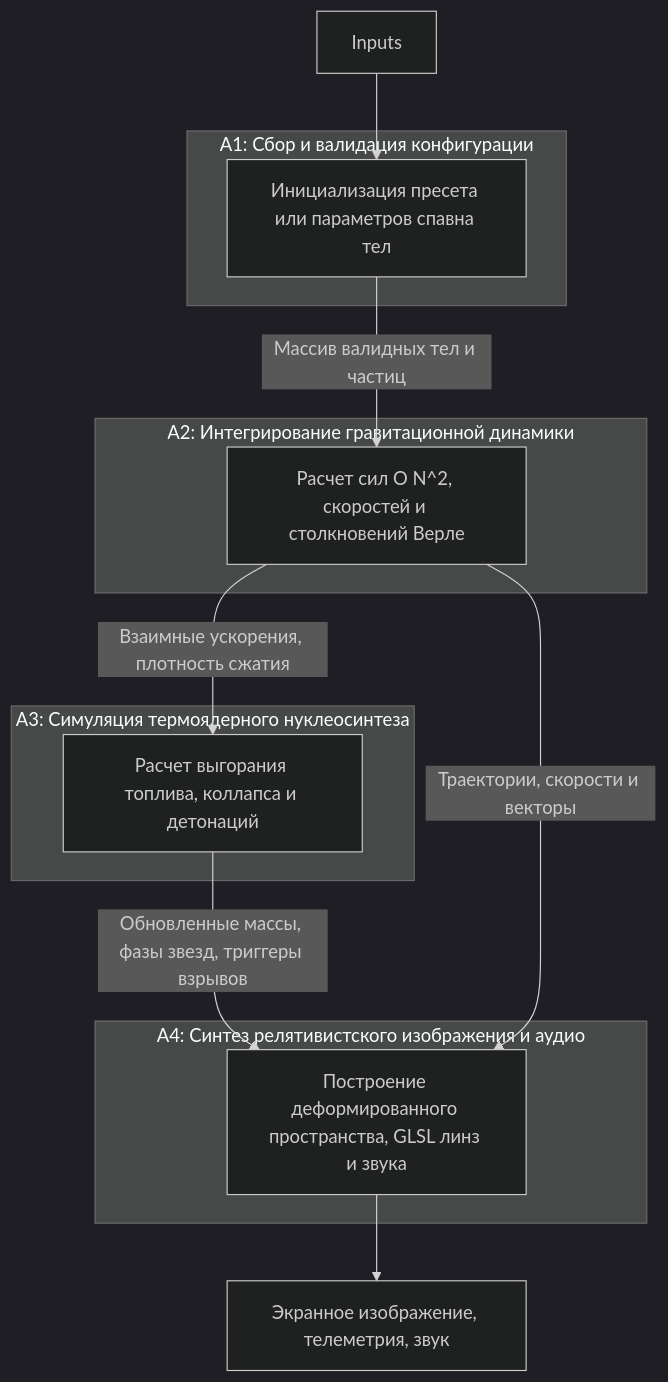
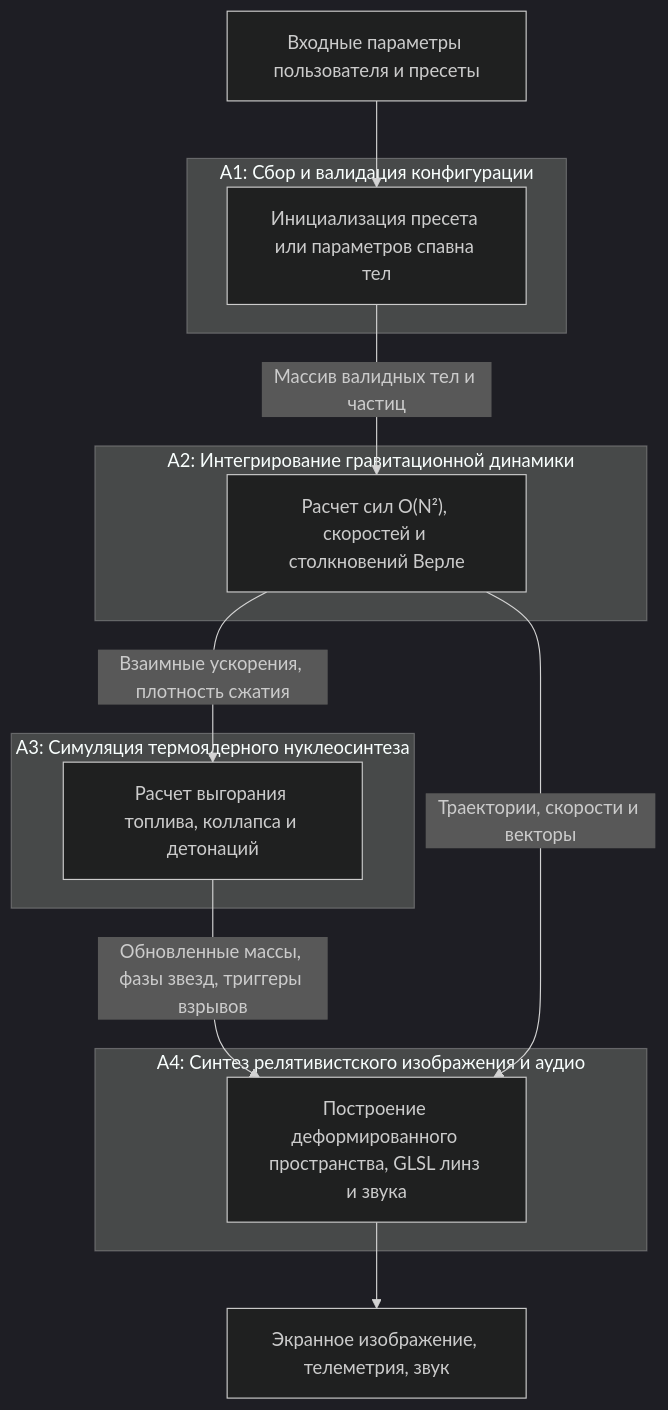
The ninth of 11 diagrams in diagrams-overview.md (bobPingvin/stellargenesis), drawn with Mermaid (dark theme) before and after one commit. The commit also changed other lines of this file, not shown here.

````diff
--- a/diagrams-overview.md
+++ b/diagrams-overview.md
@@ -409,25 +420,27 @@
 ```mermaid
 graph TD
-    subgraph A1 [A1: Сбор и валидация конфигурации]
-        A1_Proc[Инициализация пресета или параметров спавна тел]
+    Inp["Входные параметры пользователя и пресеты"]
+
+    subgraph SubA1["A1: Сбор и валидация конфигурации"]
+        A1_Proc["Инициализация пресета или параметров спавна тел"]
     end
 
-    subgraph A2 [A2: Интегрирование гравитационной динамики]
-        A2_Proc[Расчет сил O N^2, скоростей и столкновений Верле]
+    subgraph SubA2["A2: Интегрирование гравитационной динамики"]
+        A2_Proc["Расчет сил O(N²), скоростей и столкновений Верле"]
     end
 
-    subgraph A3 [A3: Симуляция термоядерного нуклеосинтеза]
-        A3_Proc[Расчет выгорания топлива, коллапса и детонаций]
+    subgraph SubA3["A3: Симуляция термоядерного нуклеосинтеза"]
+        A3_Proc["Расчет выгорания топлива, коллапса и детонаций"]
     end
 
-    subgraph A4 [A4: Синтез релятивистского изображения и аудио]
-        A4_Proc[Построение деформированного пространства, GLSL линз и звука]
+    subgraph SubA4["A4: Синтез релятивистского изображения и аудио"]
+        A4_Proc["Построение деформированного пространства, GLSL линз и звука"]
     end
 
-    Inputs --> A1_Proc
-    A1_Proc -- "Массив валидных тел и частиц" --> A2_Proc
-    A2_Proc -- "Взаимные ускорения, плотность сжатия" --> A3_Proc
-    A3_Proc -- "Обновленные массы, фазы звезд, триггеры взрывов" --> A4_Proc
-    A2_Proc -- "Траектории, скорости и векторы" --> A4_Proc
-    A4_Proc --> Outputs[Экранное изображение, телеметрия, звук]
+    Inp --> A1_Proc
+    A1_Proc -->|"Массив валидных тел и частиц"| A2_Proc
+    A2_Proc -->|"Взаимные ускорения, плотность сжатия"| A3_Proc
+    A3_Proc -->|"Обновленные массы, фазы звезд, триггеры взрывов"| A4_Proc
+    A2_Proc -->|"Траектории, скорости и векторы"| A4_Proc
+    A4_Proc --> Out["Экранное изображение, телеметрия, звук"]
 ```
````
